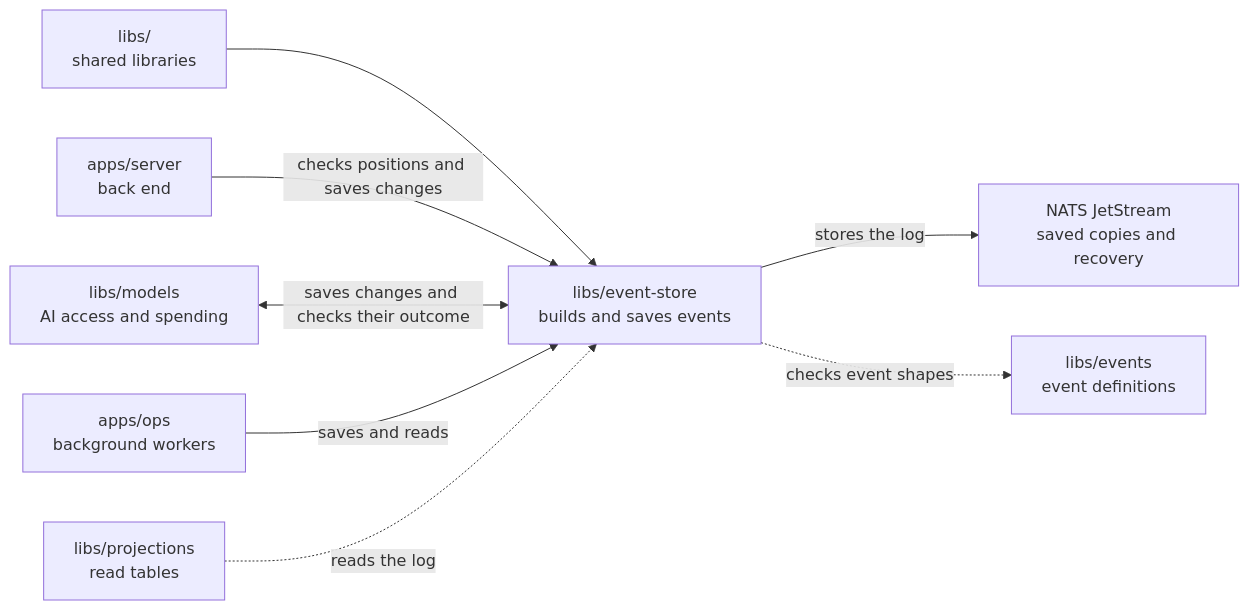
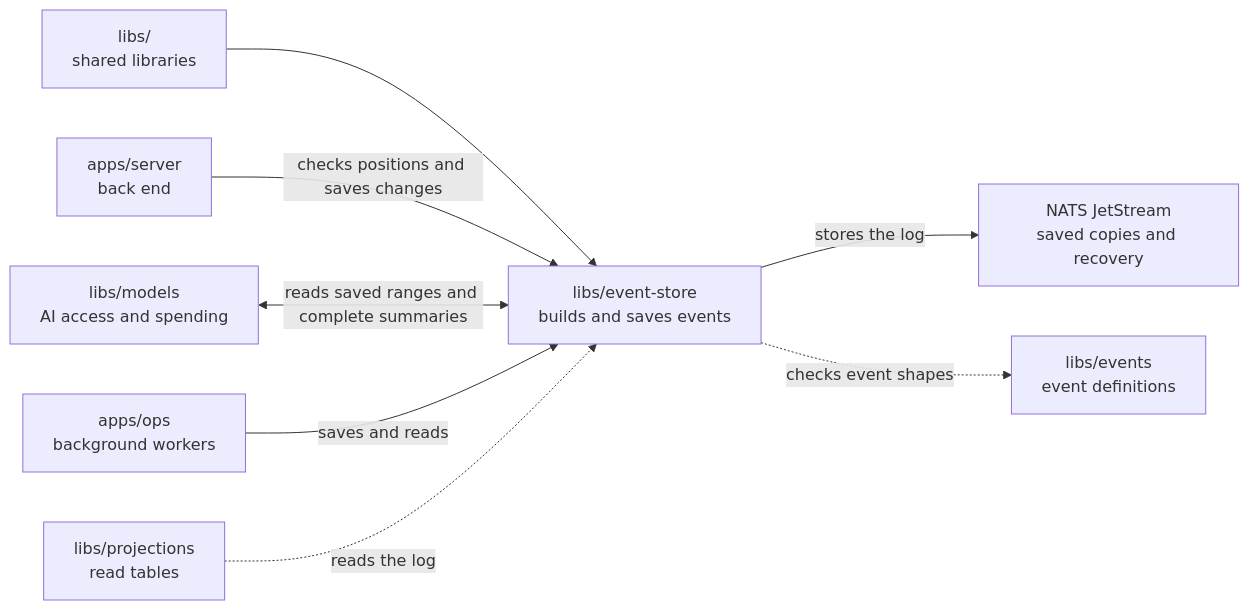
The diagram in libs/event-store/README.md (elewa-git/opencrane-new), drawn with Mermaid before and after one commit. The commit also changed other lines of this file and 105 other files, not shown here.

````diff
--- a/libs/event-store/README.md
+++ b/libs/event-store/README.md
@@ -23,10 +23,10 @@
 ```mermaid
 flowchart LR
   parent["libs/<br/>shared libraries"] --> store["libs/event-store<br/>builds and saves events"]
   server["apps/server<br/>back end"] -->|checks positions and saves changes| store
-  models["libs/models<br/>AI access and spending"] <-->|saves changes and checks their outcome| store
+  models["libs/models<br/>AI access and spending"] <-->|reads saved ranges and complete summaries| store
   ops["apps/ops<br/>background workers"] -->|saves and reads| store
   projections["libs/projections<br/>read tables"] -.->|reads the log| store
   store -->|stores the log| nats["NATS JetStream<br/>saved copies and recovery"]
   store -.->|checks event shapes| events["libs/events<br/>event definitions"]
 ```
````
